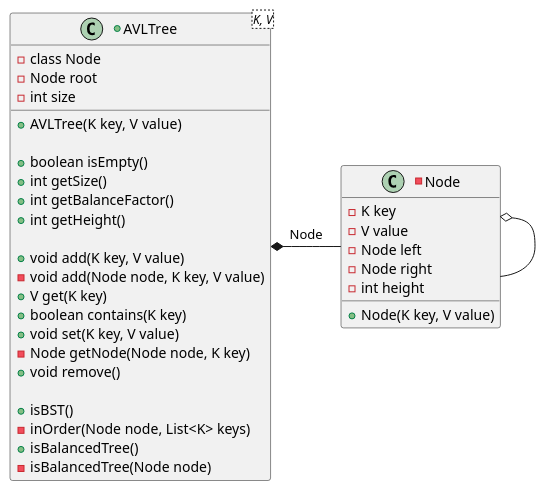
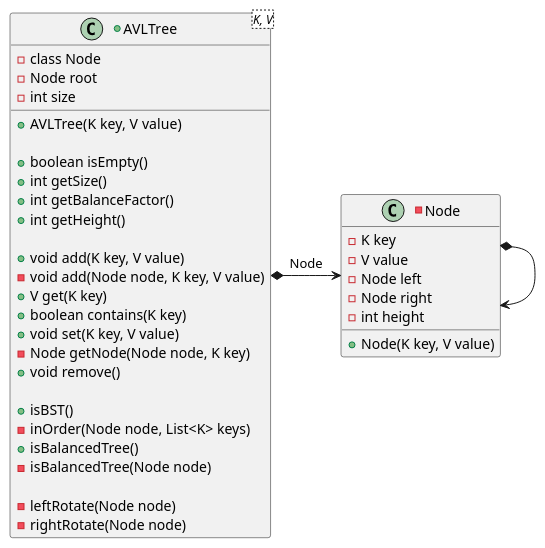
Before and after one commit to nyannko/leetcode-java: the diagram in src/ds/AVLTree/avltree.puml, drawn with PlantUML. The commit also changed 4 other files, not shown here.

```diff
--- a/src/ds/AVLTree/avltree.puml
+++ b/src/ds/AVLTree/avltree.puml
@@ -1,40 +1,43 @@
 @startuml
 
 +class AVLTree<K, V> {
 -class Node
 -Node root
 -int size
 +AVLTree(K key, V value)
 
 +boolean isEmpty()
 +int getSize()
 +int getBalanceFactor()
 +int getHeight()
 
 +void add(K key, V value)
 -void add(Node node, K key, V value)
 +V get(K key)
 +boolean contains(K key)
 +void set(K key, V value)
 -Node getNode(Node node, K key)
 +void remove()
 
 +isBST()
 -inOrder(Node node, List<K> keys)
 +isBalancedTree()
 -isBalancedTree(Node node)
+
+-leftRotate(Node node)
+-rightRotate(Node node)
 }
 
 -class Node {
 -K key
 -V value
 -Node left
 -Node right
 -int height
 +Node(K key, V value)
 }
 
-Node -left-* AVLTree : Node
-Node o-down- Node
+Node <-left-* AVLTree : Node
+Node *-down-> Node
 
 @enduml
```
